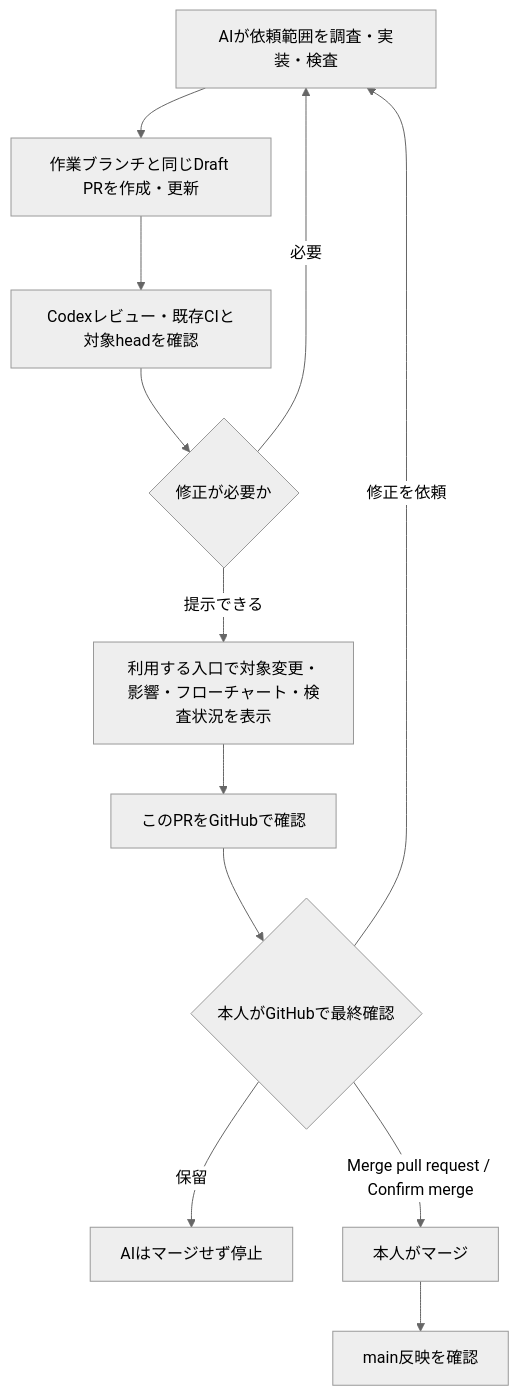
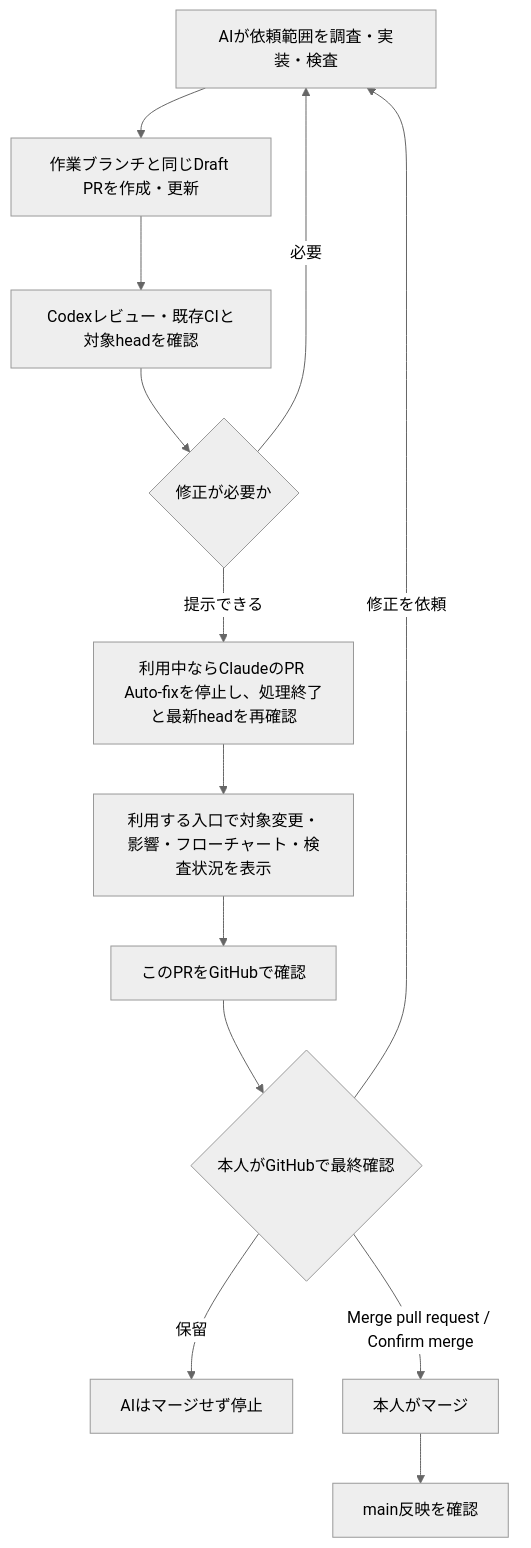
Before and after one commit to takechanman12250711-oss/chappy-boatrace-ai: the diagram in docs/development-approval.md, drawn with Mermaid (neutral theme). The commit also changed other lines of this file and 5 other files, not shown here.

````diff
--- a/docs/development-approval.md
+++ b/docs/development-approval.md
@@ -5,14 +5,15 @@
 ```mermaid
 flowchart TD
     A["AIが依頼範囲を調査・実装・検査"] --> B["作業ブランチと同じDraft PRを作成・更新"]
     B --> C["Codexレビュー・既存CIと対象headを確認"]
     C --> D{"修正が必要か"}
     D -->|必要| A
-    D -->|提示できる| E["利用する入口で対象変更・影響・フローチャート・検査状況を表示"]
+    D -->|提示できる| K["利用中ならClaudeのPR Auto-fixを停止し、処理終了と最新headを再確認"]
+    K --> E["利用する入口で対象変更・影響・フローチャート・検査状況を表示"]
     E --> F["このPRをGitHubで確認"]
     F --> G{"本人がGitHubで最終確認"}
     G -->|修正を依頼| A
     G -->|保留| H["AIはマージせず停止"]
     G -->|Merge pull request / Confirm merge| I["本人がマージ"]
     I --> J["main反映を確認"]
 ```
````
